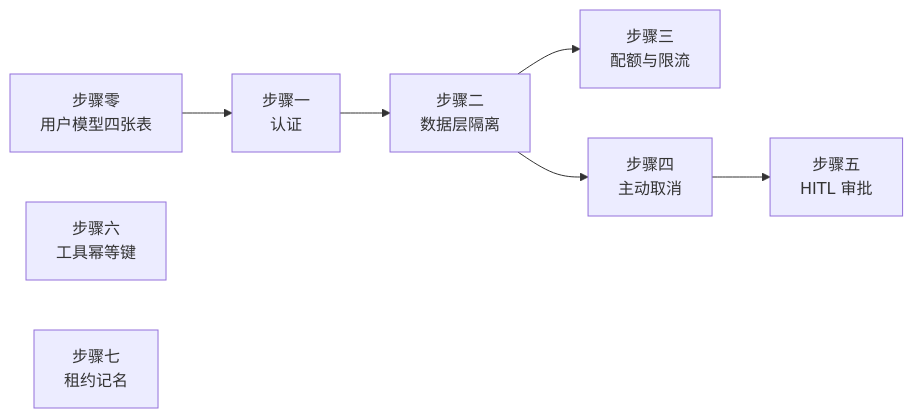
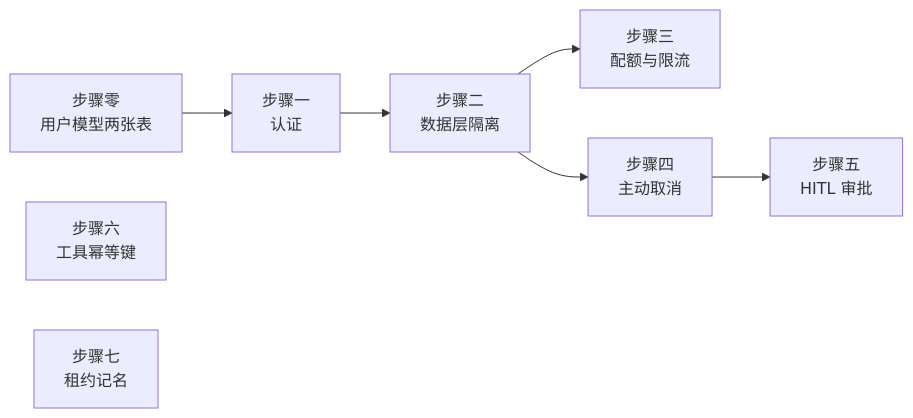
One commit to hxy2321548628/FinAgentPlatform changed the diagram in doc/03plan/P3-plan.md. Above: the diagram before and after it, drawn with Mermaid. The commit also changed other lines of this file and 4 other files, not shown here.

````diff
--- a/doc/03plan/P3-plan.md
+++ b/doc/03plan/P3-plan.md
@@ -183,10 +187,10 @@
 ```mermaid
 flowchart LR
-    S0["步骤零<br/>用户模型四张表"] --> S1["步骤一<br/>认证"]
+    S0["步骤零<br/>用户模型两张表"] --> S1["步骤一<br/>认证"]
     S1 --> S2["步骤二<br/>数据层隔离"]
     S2 --> S3["步骤三<br/>配额与限流"]
     S2 --> S4["步骤四<br/>主动取消"]
     S4 --> S5["步骤五<br/>HITL 审批"]
     S6["步骤六<br/>工具幂等键"]
     S7["步骤七<br/>租约记名"]
 ```
````
